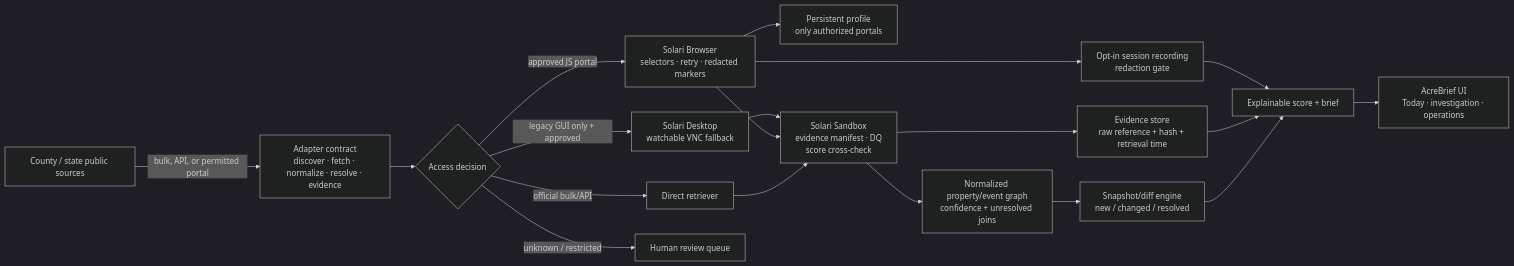
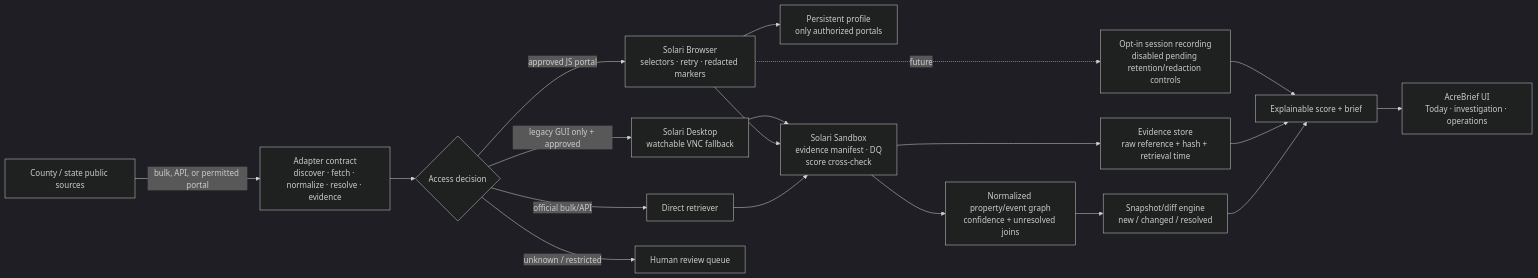
Before and after one commit to GDACS-droid/solari-cookbook: the diagram in docs/SOLARI_ARCHITECTURE.md, drawn with Mermaid (dark theme). The commit also changed other lines of this file and 17 other files, not shown here.

````diff
--- a/docs/SOLARI_ARCHITECTURE.md
+++ b/docs/SOLARI_ARCHITECTURE.md
@@ -15,21 +15,21 @@
 ```mermaid
 flowchart LR
   C[County / state public sources] -->|bulk, API, or permitted portal| D[Adapter contract\ndiscover · fetch · normalize · resolve · evidence]
   D --> G{Access decision}
   G -->|official bulk/API| Q[Direct retriever]
   G -->|approved JS portal| B[Solari Browser\nselectors · retry · redacted markers]
   G -->|legacy GUI only + approved| X[Solari Desktop\nwatchable VNC fallback]
   G -->|unknown / restricted| H[Human review queue]
-  B --> R[Opt-in session recording\nredaction gate]
+  B -. future .-> R[Opt-in session recording\ndisabled pending retention/redaction controls]
   B --> P[Persistent profile\nonly authorized portals]
   Q --> S[Solari Sandbox\nevidence manifest · DQ\nscore cross-check]
   B --> S
   X --> S
   S --> E[Evidence store\nraw reference + hash + retrieval time]
   S --> N[Normalized property/event graph\nconfidence + unresolved joins]
   N --> F[Snapshot/diff engine\nnew / changed / resolved]
   F --> O[Explainable score + brief]
   E --> O
   R --> O
   O --> U[AcreBrief UI\nToday · investigation · operations]
 ```
````
